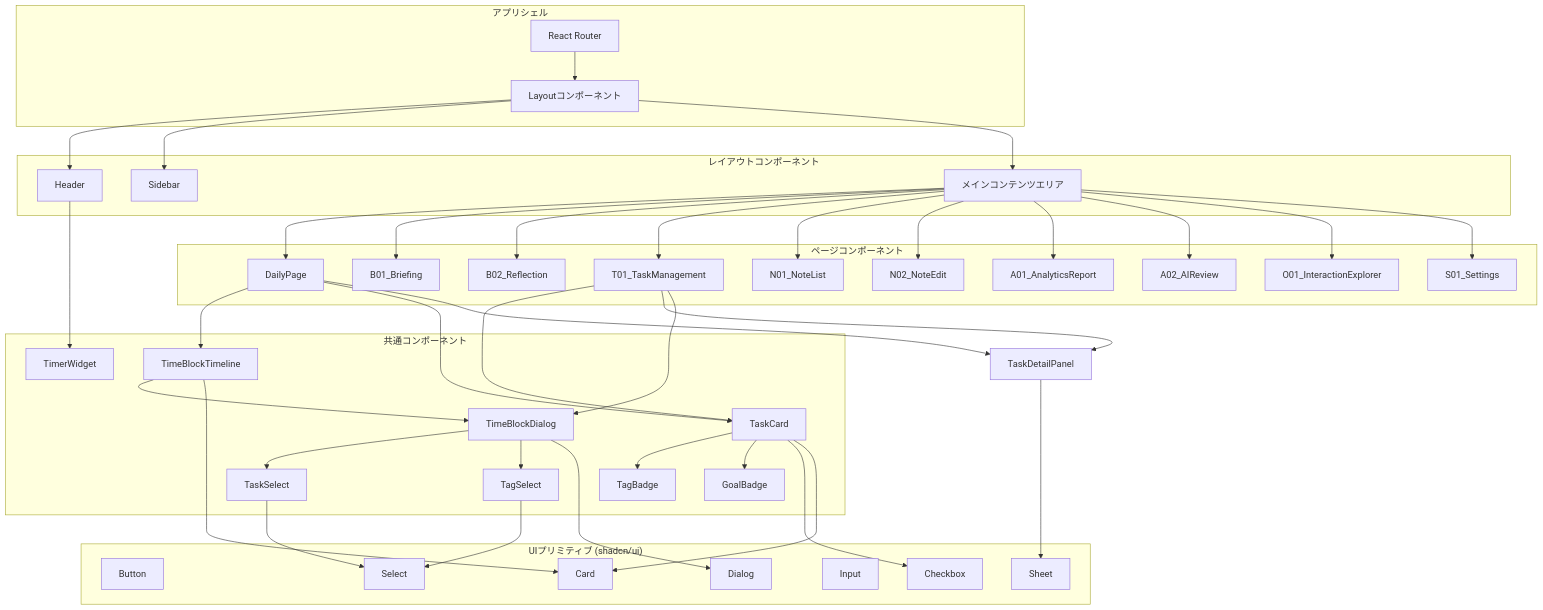
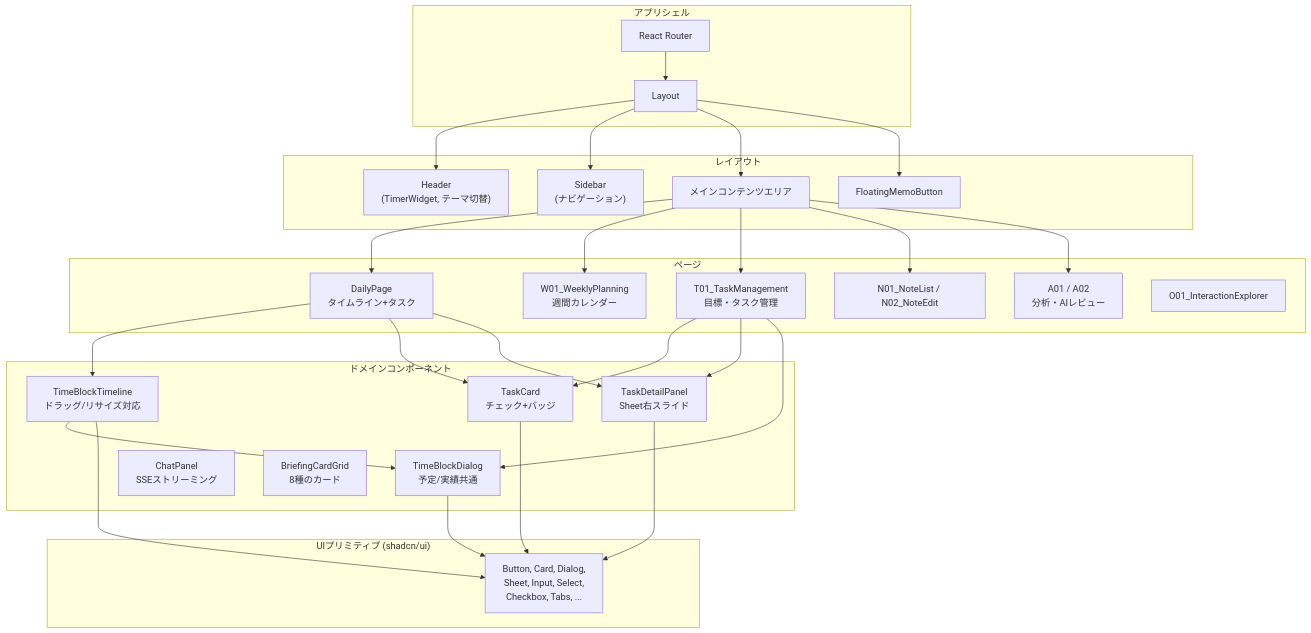
One commit to yu-min3/kensan changed the first of 12 diagrams in src/ARCHITECTURE.md. Above: the diagram before and after it, drawn with Mermaid. The commit also changed other lines of this file and 117 other files, not shown here.

````diff
--- a/src/ARCHITECTURE.md
+++ b/src/ARCHITECTURE.md
@@ -99,85 +80,60 @@
 ```mermaid
 graph TB
     subgraph "アプリシェル"
-        Router[React Router]
-        Layout[Layoutコンポーネント]
+        Router["React Router"]
+        Layout["Layout"]
     end
 
-    subgraph "レイアウトコンポーネント"
-        Header[Header]
-        Sidebar[Sidebar]
-        Main[メインコンテンツエリア]
+    subgraph "レイアウト"
+        Header["Header<br/>(TimerWidget, テーマ切替)"]
+        Sidebar["Sidebar<br/>(ナビゲーション)"]
+        Main["メインコンテンツエリア"]
+        FAB["FloatingMemoButton"]
     end
 
-    subgraph "ページコンポーネント"
-        Daily[DailyPage]
-        Briefing[B01_Briefing]
-        Reflection[B02_Reflection]
-        Tasks[T01_TaskManagement]
-        Notes[N01_NoteList]
-        NoteEdit[N02_NoteEdit]
-        Analytics[A01_AnalyticsReport]
-        AIReview[A02_AIReview]
-        Interactions[O01_InteractionExplorer]
-        Settings[S01_Settings]
+    subgraph "ページ"
+        Daily["DailyPage<br/>タイムライン+タスク"]
+        Weekly["W01_WeeklyPlanning<br/>週間カレンダー"]
+        Tasks["T01_TaskManagement<br/>目標・タスク管理"]
+        Notes["N01_NoteList / N02_NoteEdit"]
+        Analytics["A01 / A02<br/>分析・AIレビュー"]
+        Interactions["O01_InteractionExplorer"]
     end
 
-    subgraph "共通コンポーネント"
-        Timeline[TimeBlockTimeline]
-        TaskCard[TaskCard]
-        TagBadge[TagBadge]
-        GoalBadge[GoalBadge]
-        TimerWidget[TimerWidget]
-        TimeBlockDialog[TimeBlockDialog]
-        TaskSelect[TaskSelect]
-        TagSelect[TagSelect]
+    subgraph "ドメインコンポーネント"
+        Timeline["TimeBlockTimeline<br/>ドラッグ/リサイズ対応"]
+        TaskCard["TaskCard<br/>チェック+バッジ"]
+        DetailPanel["TaskDetailPanel<br/>Sheet右スライド"]
+        TBDialog["TimeBlockDialog<br/>予定/実績共通"]
+        ChatPanel["ChatPanel<br/>SSEストリーミング"]
+        BriefingCards["BriefingCardGrid<br/>8種のカード"]
     end
 
     subgraph "UIプリミティブ (shadcn/ui)"
-        Button[Button]
-        Card[Card]
-        Dialog[Dialog]
-        Sheet[Sheet]
-        Input[Input]
-        Select[Select]
-        Checkbox[Checkbox]
+        Primitives["Button, Card, Dialog,<br/>Sheet, Input, Select,<br/>Checkbox, Tabs, ..."]
     end
 
     Router --> Layout
     Layout --> Header
     Layout --> Sidebar
     Layout --> Main
+    Layout --> FAB
 
     Main --> Daily
-    Main --> Briefing
-    Main --> Reflection
+    Main --> Weekly
     Main --> Tasks
     Main --> Notes
-    Main --> NoteEdit
     Main --> Analytics
-    Main --> AIReview
-    Main --> Interactions
-    Main --> Settings
 
-    Header --> TimerWidget
     Daily --> Timeline
     Daily --> TaskCard
+    Daily --> DetailPanel
     Tasks --> TaskCard
-    Tasks --> TaskDetailPanel[TaskDetailPanel]
-    Daily --> TaskDetailPanel
-    TaskDetailPanel --> Sheet
-    Tasks --> TimeBlockDialog
-    Timeline --> TimeBlockDialog
-
-    TaskCard --> TagBadge
-    TaskCard --> GoalBadge
-    TaskCard --> Checkbox
-    TimeBlockDialog --> TaskSelect
-    TimeBlockDialog --> TagSelect
-
-    Timeline --> Card
-    TaskCard --> Card
-    TimeBlockDialog --> Dialog
-    TaskSelect --> Select
-    TagSelect --> Select
+    Tasks --> DetailPanel
+    Tasks --> TBDialog
+    Timeline --> TBDialog
+    Timeline --> Primitives
+    TaskCard --> Primitives
+    DetailPanel --> Primitives
+    TBDialog --> Primitives
 ```
````
